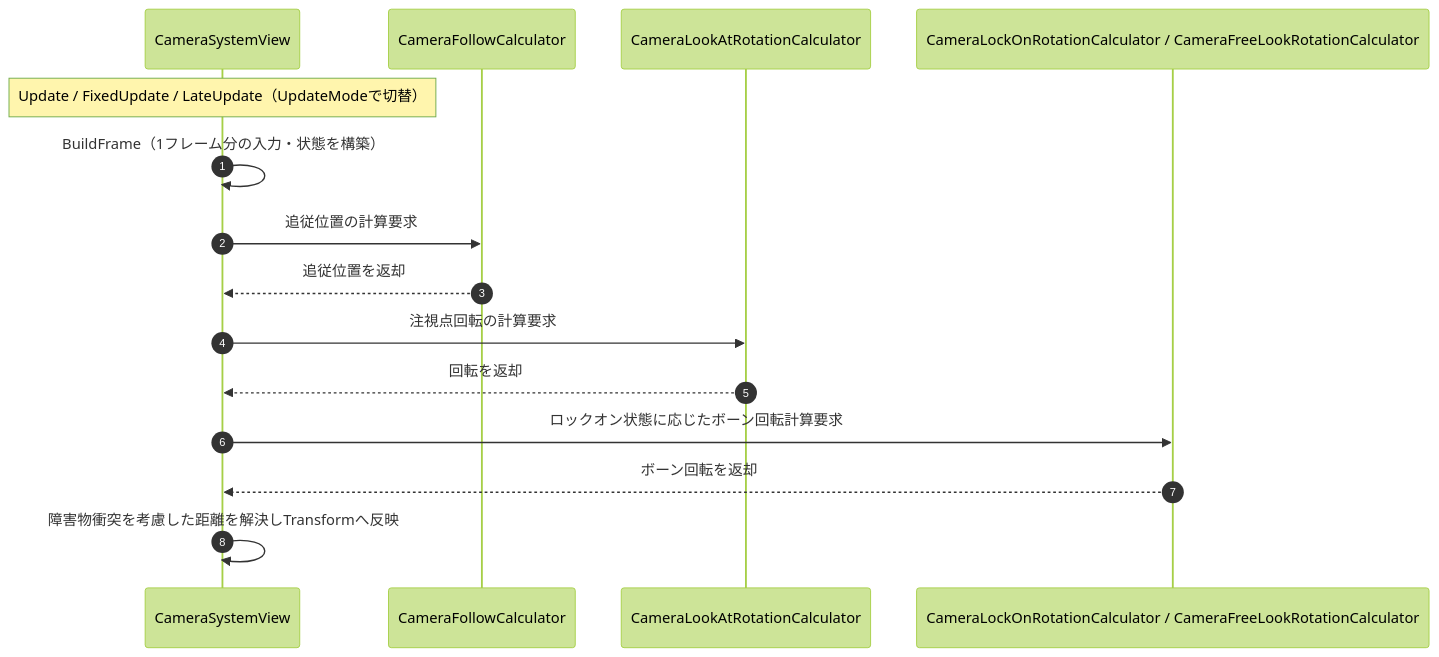
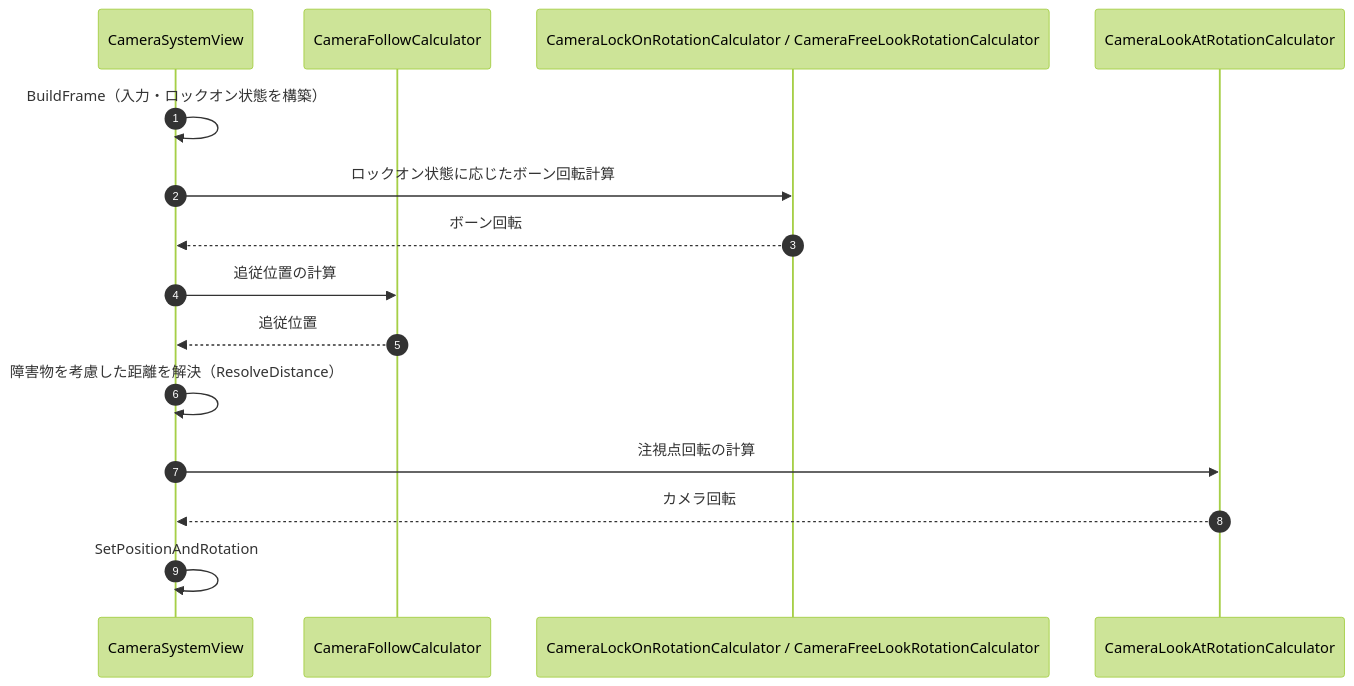
Before and after one commit to HIBIKI5201/SymphonyKillChord: the second of 3 diagrams in Assets/Docs/ScriptsDocs/Modules/NotionModuleDocs/Camera.md, drawn with Mermaid (forest theme). The commit also changed other lines of this file and 6 other files, not shown here.

````diff
--- a/Assets/Docs/ScriptsDocs/Modules/NotionModuleDocs/Camera.md
+++ b/Assets/Docs/ScriptsDocs/Modules/NotionModuleDocs/Camera.md
@@ -108,18 +126,18 @@
 ```mermaid
 sequenceDiagram
     autonumber
     participant CSView as CameraSystemView
     participant FollowCalc as CameraFollowCalculator
+    participant BoneCalc as CameraLockOnRotationCalculator / CameraFreeLookRotationCalculator
     participant LookAtCalc as CameraLookAtRotationCalculator
-    participant BoneCalc as CameraLockOnRotationCalculator / CameraFreeLookRotationCalculator
 
-    Note over CSView: Update / FixedUpdate / LateUpdate（UpdateModeで切替）
-    CSView ->> CSView: BuildFrame（1フレーム分の入力・状態を構築）
-    CSView ->> FollowCalc: 追従位置の計算要求
-    FollowCalc -->> CSView: 追従位置を返却
-    CSView ->> LookAtCalc: 注視点回転の計算要求
-    LookAtCalc -->> CSView: 回転を返却
-    CSView ->> BoneCalc: ロックオン状態に応じたボーン回転計算要求
-    BoneCalc -->> CSView: ボーン回転を返却
-    CSView ->> CSView: 障害物衝突を考慮した距離を解決しTransformへ反映
+    CSView ->> CSView: BuildFrame（入力・ロックオン状態を構築）
+    CSView ->> BoneCalc: ロックオン状態に応じたボーン回転計算
+    BoneCalc -->> CSView: ボーン回転
+    CSView ->> FollowCalc: 追従位置の計算
+    FollowCalc -->> CSView: 追従位置
+    CSView ->> CSView: 障害物を考慮した距離を解決（ResolveDistance）
+    CSView ->> LookAtCalc: 注視点回転の計算
+    LookAtCalc -->> CSView: カメラ回転
+    CSView ->> CSView: SetPositionAndRotation
 ```
````
